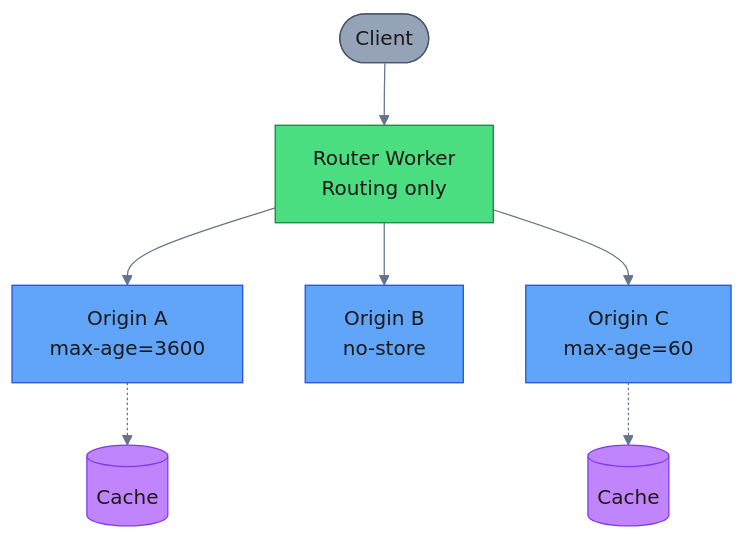
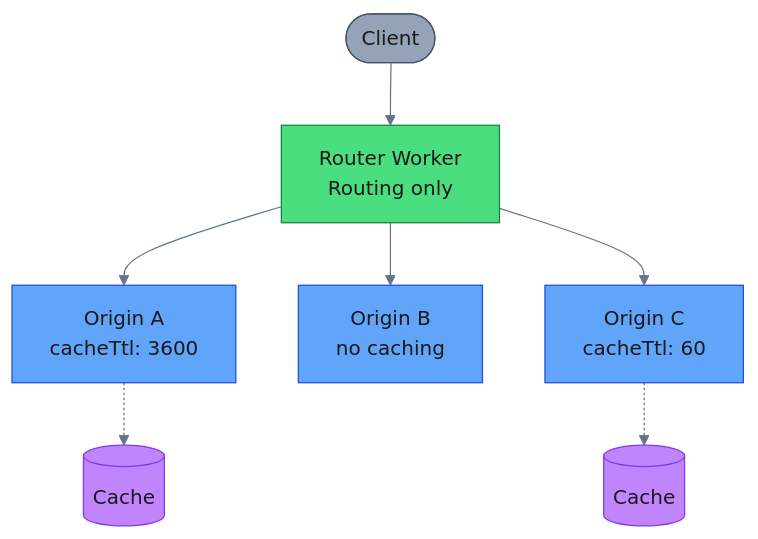
The third of 3 diagrams in src/content/docs/reference/cross-zone-worker-caching.mdx (erfianugrah/lexicanum), drawn with Mermaid before and after one commit. The commit also changed other lines of this file, not shown here.

First line of the commit message:
fix: correct Set-Cookie and cross-zone caching behavior

````diff
--- a/src/content/docs/reference/cross-zone-worker-caching.mdx
+++ b/src/content/docs/reference/cross-zone-worker-caching.mdx
@@ -301,21 +301,21 @@
 ```mermaid
 %%{init: {'theme': 'base', 'themeVariables': { 'fontFamily': 'arial, sans-serif', 'lineColor': '#64748b', 'primaryTextColor': '#1e293b', 'secondaryTextColor': '#1e293b', 'tertiaryTextColor': '#1e293b' }}}%%
 flowchart TD
     Client([Client]) --> Router[Router Worker<br/>Routing only]
-    Router --> OriginA[Origin A<br/>max-age=3600]
-    Router --> OriginB[Origin B<br/>no-store]
-    Router --> OriginC[Origin C<br/>max-age=60]
+    Router --> OriginA[Origin A<br/>cacheTtl: 3600]
+    Router --> OriginB[Origin B<br/>no caching]
+    Router --> OriginC[Origin C<br/>cacheTtl: 60]
     
     OriginA -.-> CacheA[(Cache)]
     OriginC -.-> CacheC[(Cache)]
 
     classDef client fill:#94a3b8,stroke:#475569,color:#1c1917
     classDef router fill:#4ade80,stroke:#15803d,color:#1c1917
     classDef origin fill:#60a5fa,stroke:#1d4ed8,color:#1c1917
     classDef cache fill:#c084fc,stroke:#7c3aed,color:#1c1917
 
     class Client client
     class Router router
     class OriginA,OriginB,OriginC origin
     class CacheA,CacheC cache
 ```
````
